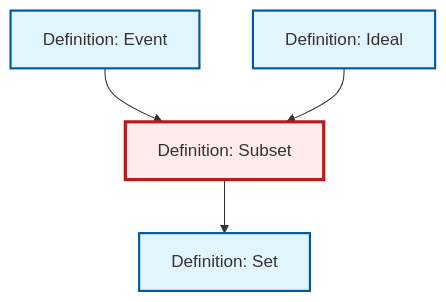
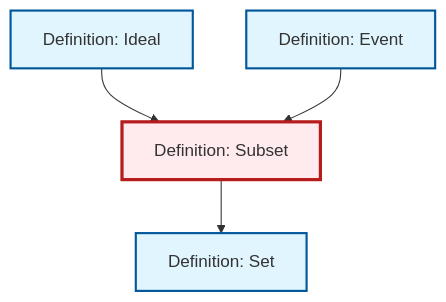
The diagram in content/ja/logic-set-theory/def-subset.qmd (RK0429/ModernMath), drawn with Mermaid before and after one commit. The commit also changed other lines of this file and 531 other files, not shown here.

````diff
--- a/content/ja/logic-set-theory/def-subset.qmd
+++ b/content/ja/logic-set-theory/def-subset.qmd
@@ -50,20 +50,20 @@
 ```{mermaid}
 %%| fig-cap: "Local dependency graph"
 graph TD
     classDef definition fill:#e1f5fe,stroke:#01579b,stroke-width:2px
     classDef theorem fill:#f3e5f5,stroke:#4a148c,stroke-width:2px
     classDef axiom fill:#fff3e0,stroke:#e65100,stroke-width:2px
     classDef example fill:#e8f5e9,stroke:#1b5e20,stroke-width:2px
     classDef current fill:#ffebee,stroke:#b71c1c,stroke-width:3px
+    def-ideal["Definition: Ideal"]:::definition
     def-set["Definition: Set"]:::definition
     def-event["Definition: Event"]:::definition
     def-subset["Definition: Subset"]:::definition
-    def-ideal["Definition: Ideal"]:::definition
+    def-subset --> def-set
+    def-ideal --> def-subset
     def-event --> def-subset
-    def-ideal --> def-subset
-    def-subset --> def-set
     class def-subset current
+    click def-ideal "def-ideal.html" "Definition: Idealへ"
     click def-set "def-set.html" "Definition: Setへ"
     click def-event "def-event.html" "Definition: Eventへ"
-    click def-ideal "def-ideal.html" "Definition: Idealへ"
 ```
````
